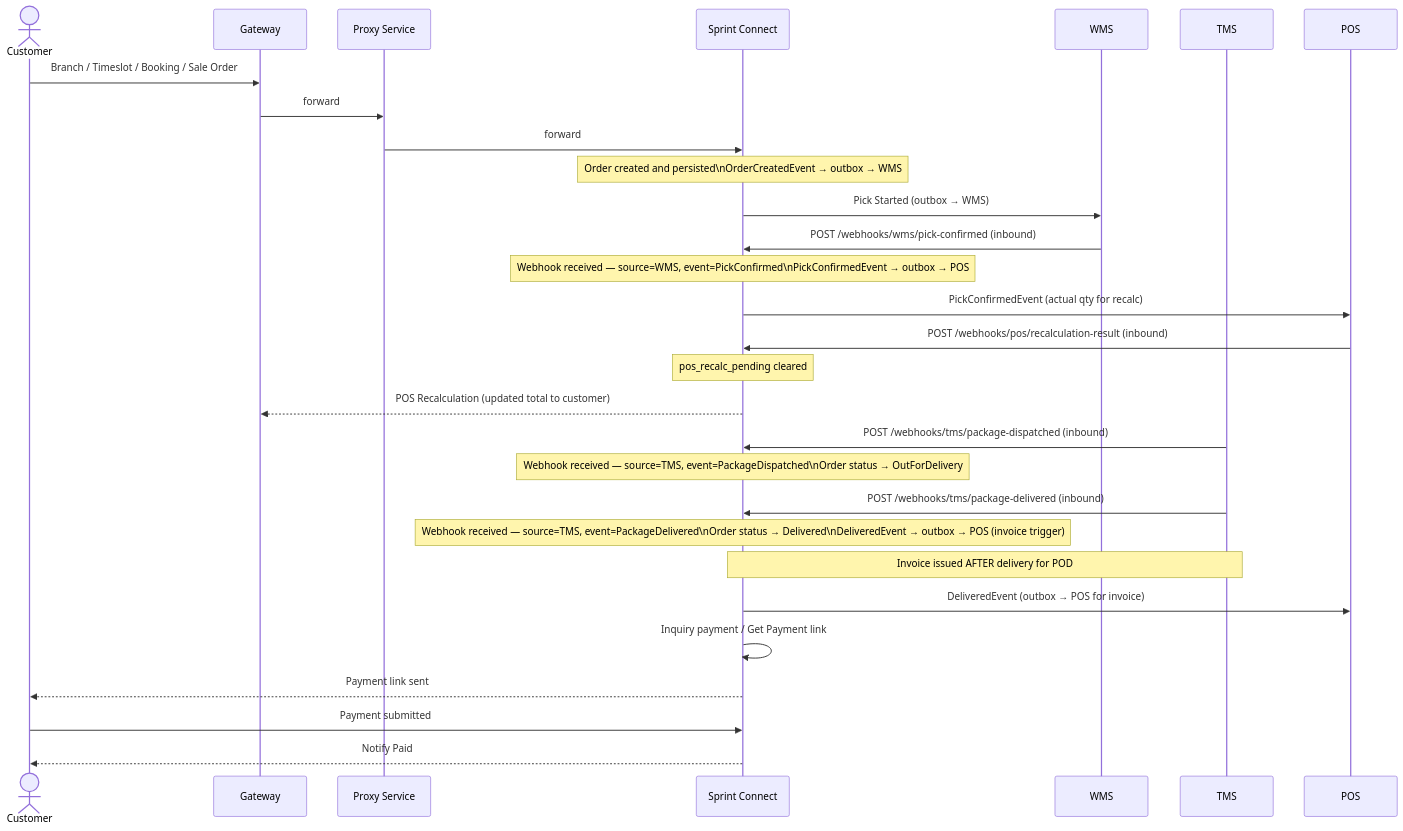
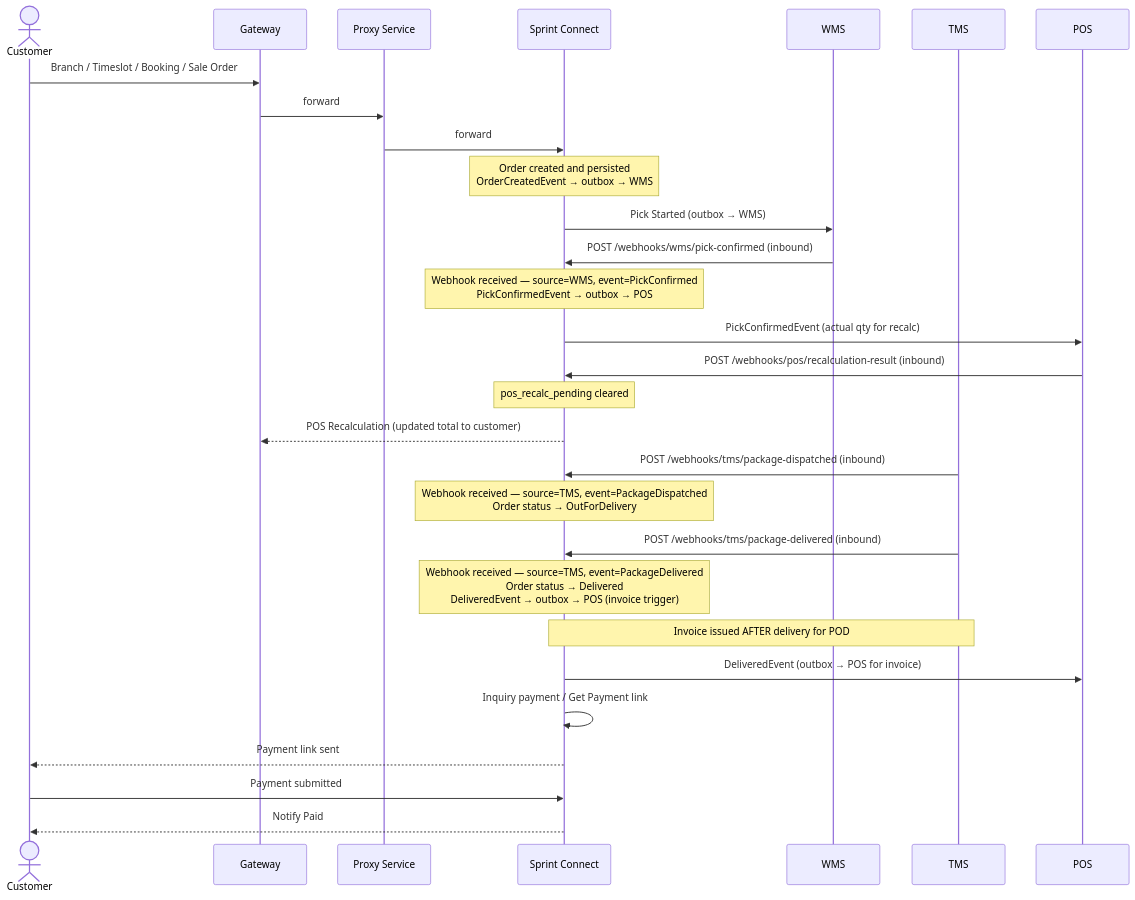
One commit to rosered11/personal-claude changed the second of 24 diagrams in result/oms-sequence-diagrams.md. Above: the diagram before and after it, drawn with Mermaid. The commit also changed other lines of this file and 7 other files, not shown here.

````diff
--- a/result/oms-sequence-diagrams.md
+++ b/result/oms-sequence-diagrams.md
@@ -67,38 +67,38 @@
 ```mermaid
 sequenceDiagram
     actor C as Customer
     participant GW as Gateway
     participant PS as Proxy Service
     participant SC as Sprint Connect
     participant WMS as WMS
     participant TMS as TMS
     participant POS as POS
 
     C->>GW: Branch / Timeslot / Booking / Sale Order
     GW->>PS: forward
     PS->>SC: forward
-    Note over SC: Order created and persisted\nOrderCreatedEvent → outbox → WMS
+    Note over SC: Order created and persisted<br>OrderCreatedEvent → outbox → WMS
 
     SC->>WMS: Pick Started (outbox → WMS)
     WMS->>SC: POST /webhooks/wms/pick-confirmed (inbound)
-    Note over SC: Webhook received — source=WMS, event=PickConfirmed\nPickConfirmedEvent → outbox → POS
+    Note over SC: Webhook received — source=WMS, event=PickConfirmed<br>PickConfirmedEvent → outbox → POS
     SC->>POS: PickConfirmedEvent (actual qty for recalc)
     POS->>SC: POST /webhooks/pos/recalculation-result (inbound)
     Note over SC: pos_recalc_pending cleared
     SC-->>GW: POS Recalculation (updated total to customer)
 
     TMS->>SC: POST /webhooks/tms/package-dispatched (inbound)
-    Note over SC: Webhook received — source=TMS, event=PackageDispatched\nOrder status → OutForDelivery
+    Note over SC: Webhook received — source=TMS, event=PackageDispatched<br>Order status → OutForDelivery
 
     TMS->>SC: POST /webhooks/tms/package-delivered (inbound)
-    Note over SC: Webhook received — source=TMS, event=PackageDelivered\nOrder status → Delivered\nDeliveredEvent → outbox → POS (invoice trigger)
+    Note over SC: Webhook received — source=TMS, event=PackageDelivered<br>Order status → Delivered<br>DeliveredEvent → outbox → POS (invoice trigger)
 
     Note over SC,TMS: Invoice issued AFTER delivery for POD
     SC->>POS: DeliveredEvent (outbox → POS for invoice)
 
     SC->>SC: Inquiry payment / Get Payment link
     SC-->>C: Payment link sent
 
     C->>SC: Payment submitted
     SC-->>C: Notify Paid
 ```
````
